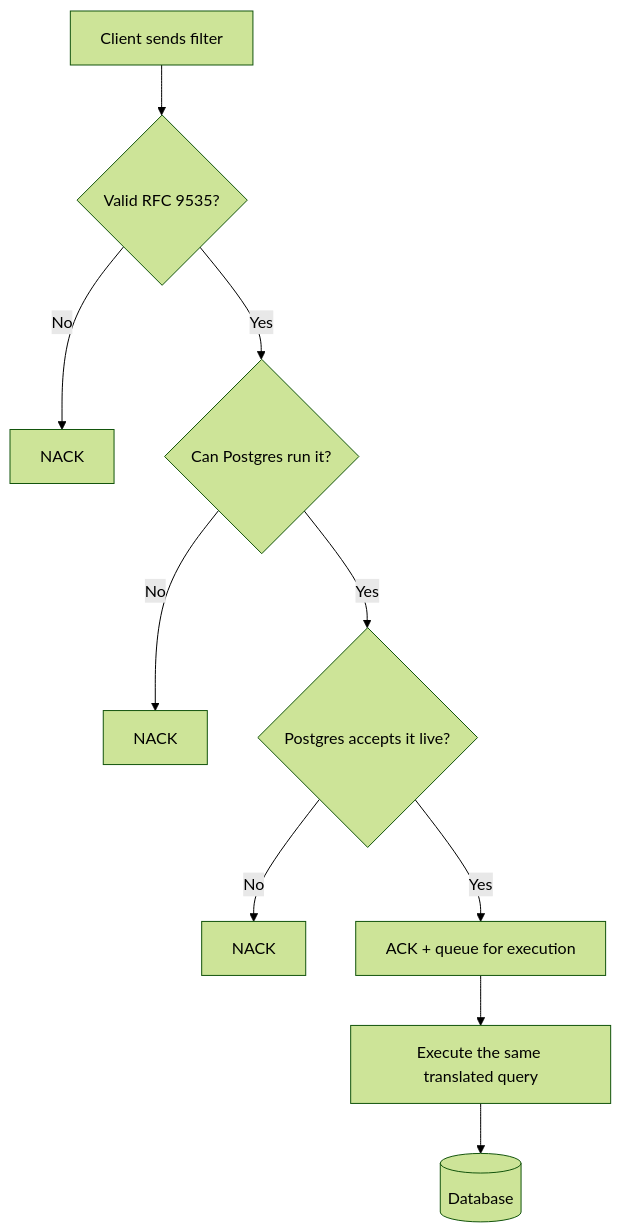
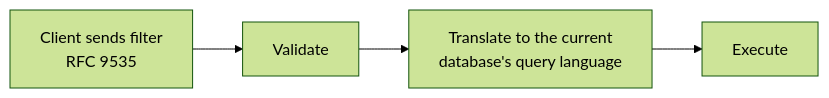
The diagram in docs/architecture/RFC9535_JSONPATH_TRANSLATION_DESIGN.md (beckn/beckn-discovr), drawn with Mermaid (forest theme) before and after one commit. The commit also changed other lines of this file, not shown here.

First line of the commit message:
docs(discover): split design into Validation, Translator, Execution

````diff
--- a/docs/architecture/RFC9535_JSONPATH_TRANSLATION_DESIGN.md
+++ b/docs/architecture/RFC9535_JSONPATH_TRANSLATION_DESIGN.md
@@ -69,12 +45,6 @@
 ```mermaid
-graph TD
-    A[Client sends filter] --> B{Valid RFC 9535?}
-    B -- No --> N1[NACK]
-    B -- Yes --> C{Can Postgres run it?}
-    C -- No --> N2[NACK]
-    C -- Yes --> D{Postgres accepts it live?}
-    D -- No --> N3[NACK]
-    D -- Yes --> E[ACK + queue for execution]
-    E --> F[Execute the same translated query]
-    F --> G[(Database)]
+graph LR
+    A[Client sends filter<br/>RFC 9535] --> B[Validate]
+    B --> C[Translate to the current<br/>database's query language]
+    C --> D[Execute]
 ```
````
